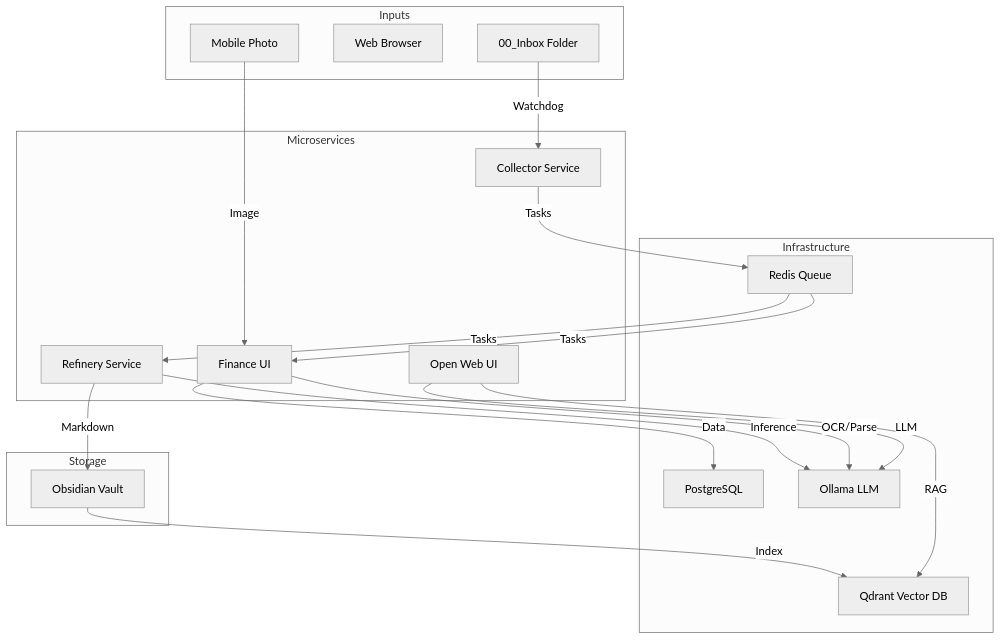
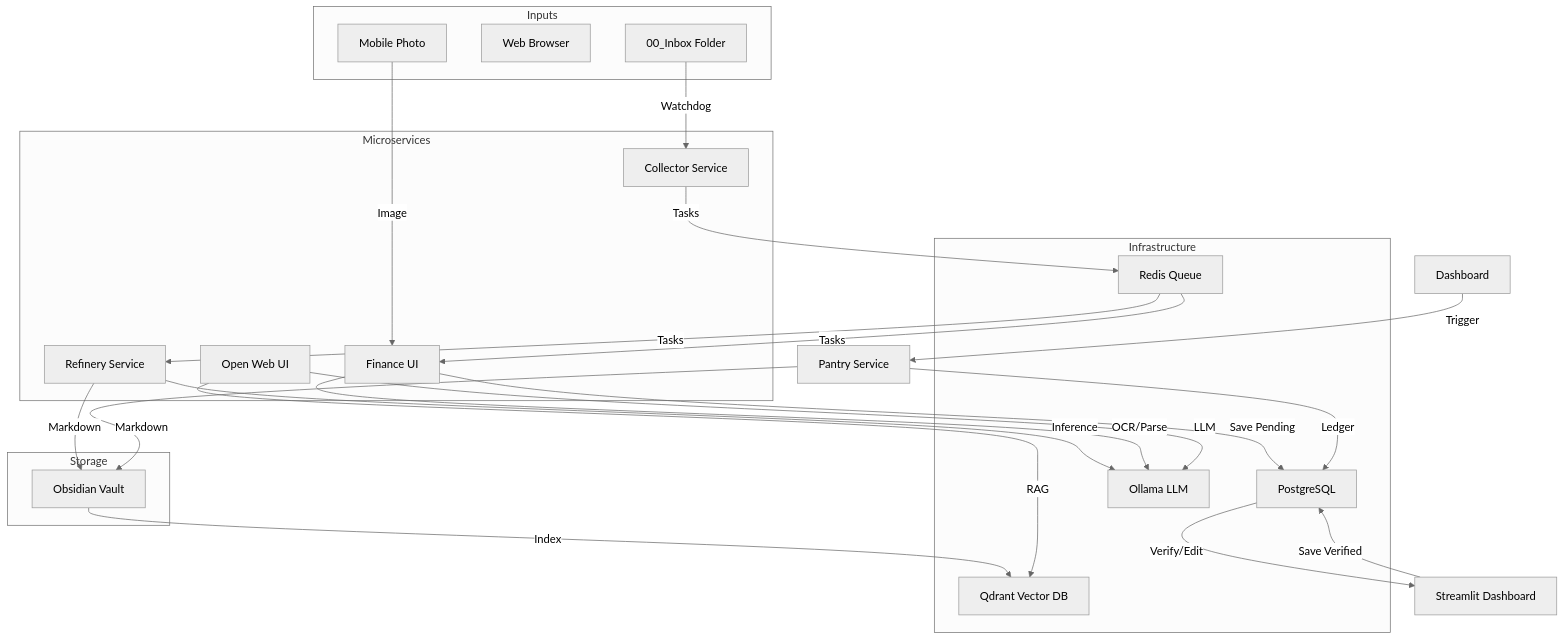
Before and after one commit to codemarcinu/2brain: the diagram in docs/DOKUMENTACJA_TECHNICZNA.md, drawn with Mermaid (neutral theme). The commit also changed other lines of this file and 20 other files, not shown here.

Commit message:
feat: implement Agent 09 (Pantry Service) with ledger-based inventory, HITL integration, and Obsidian sync

````diff
--- a/docs/DOKUMENTACJA_TECHNICZNA.md
+++ b/docs/DOKUMENTACJA_TECHNICZNA.md
@@ -25,42 +25,49 @@
 ```mermaid
 graph TD
     subgraph Inputs
         Inbox[00_Inbox Folder]
         Web[Web Browser]
         Phone[Mobile Photo]
     end
 
     subgraph Infrastructure
         Redis[Redis Queue]
         PG[PostgreSQL]
         Qdrant[Qdrant Vector DB]
         Ollama[Ollama LLM]
     end
 
     subgraph Microservices
         Collector[Collector Service]
         Refinery[Refinery Service]
         Finance[Finance UI]
         Chat[Open Web UI]
     end
 
     subgraph Storage
         Vault[Obsidian Vault]
     end
 
     Inbox -->|Watchdog| Collector
     Collector -->|Tasks| Redis
     Redis -->|Tasks| Refinery
     Redis -->|Tasks| Finance
     
     Refinery -->|Inference| Ollama
     Refinery -->|Markdown| Vault
     
     Finance -->|OCR/Parse| Ollama
-    Finance -->|Data| PG
+    Finance -->|Save Pending| PG
     Phone -->|Image| Finance
+    
+    PG -->|Verify/Edit| Streamlit[Streamlit Dashboard]
+    Streamlit -->|Save Verified| PG
     
     Vault -->|Index| Qdrant
     Chat -->|RAG| Qdrant
     Chat -->|LLM| Ollama
+    
+    Dashboard -->|Trigger| Pantry[Pantry Service]
+    Pantry -->|Ledger| PG
+    Pantry -->|Markdown| Vault
 ```
````
